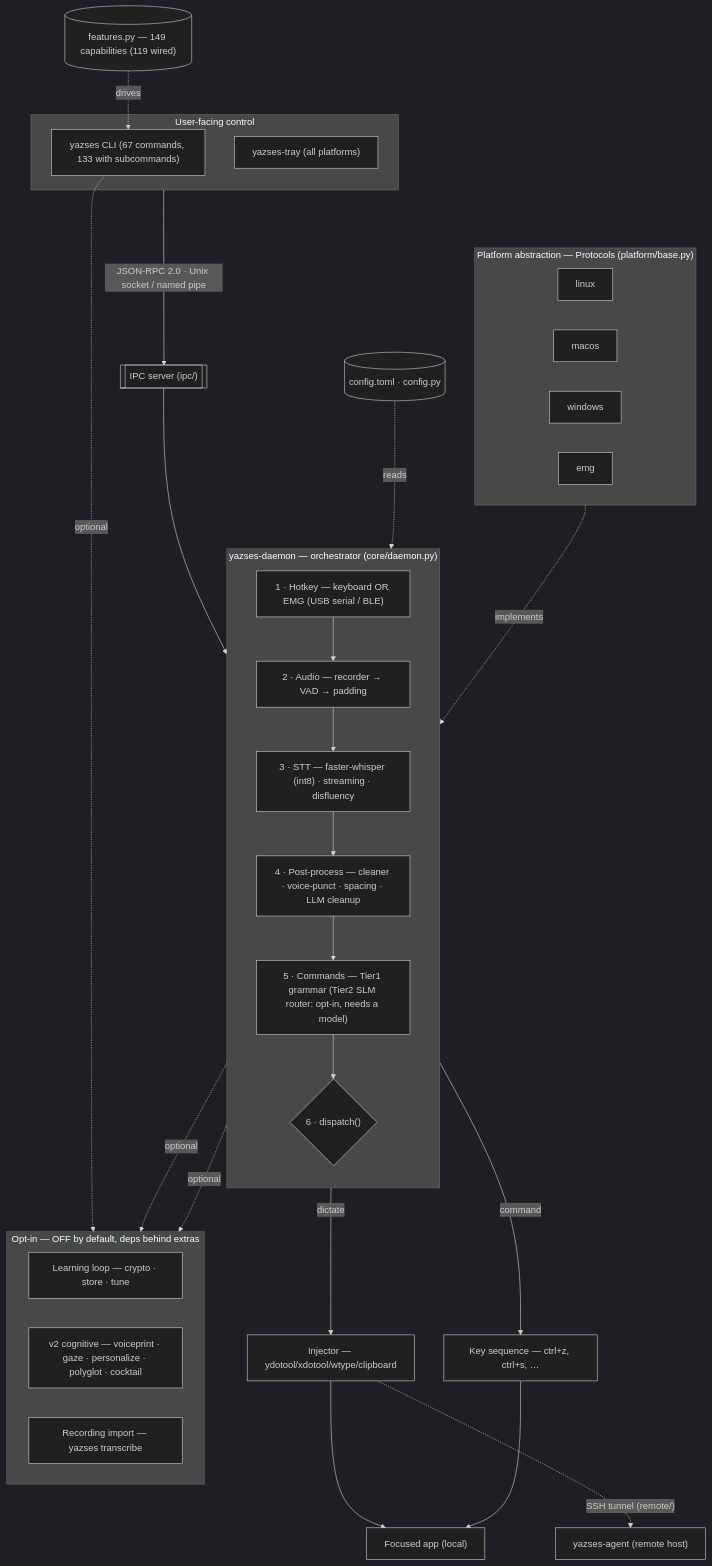
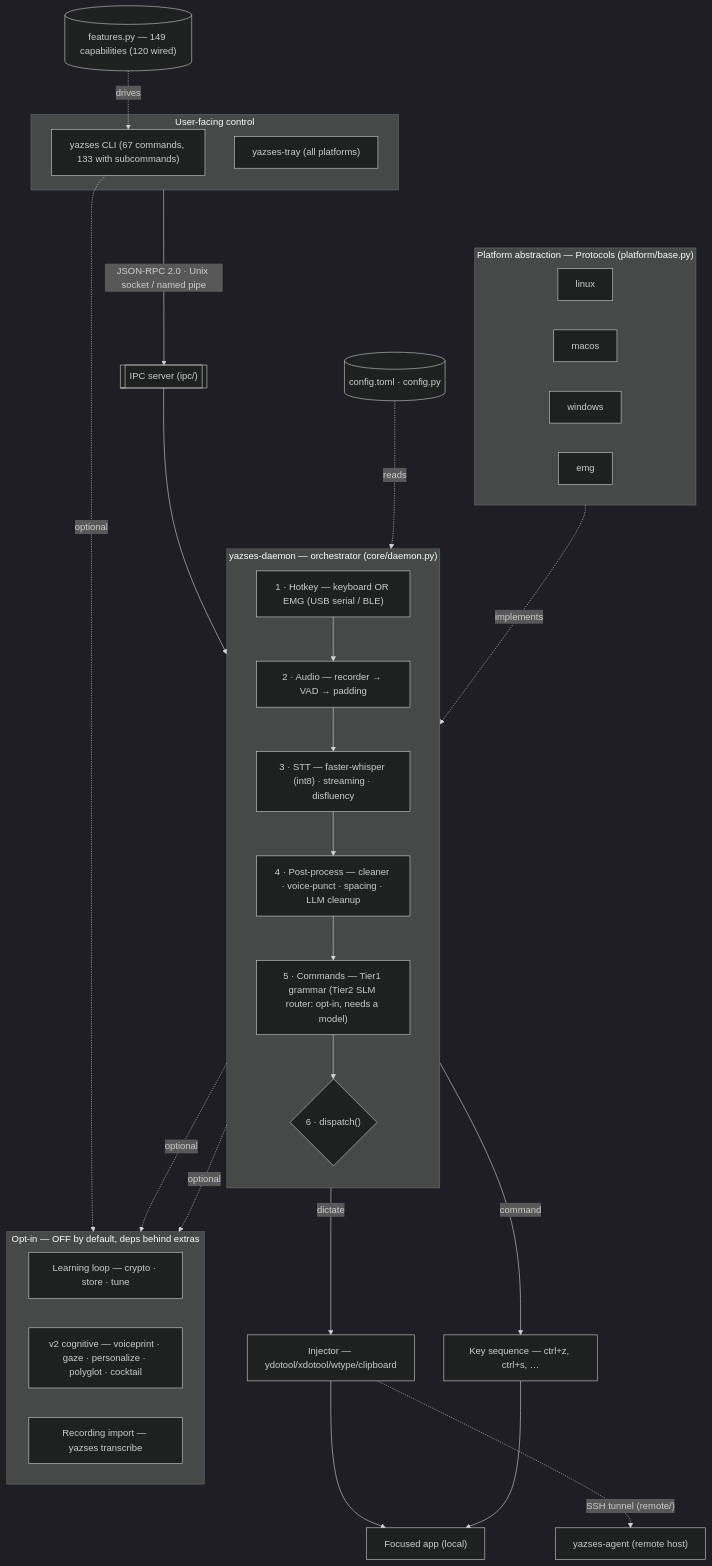
Before and after one commit to MSKazemi/yazses: the diagram in docs/diagrams/index.md, drawn with Mermaid (dark theme). The commit also changed 23 other files, not shown here.

````diff
--- a/docs/diagrams/index.md
+++ b/docs/diagrams/index.md
@@ -22,50 +22,50 @@
 ```mermaid
 flowchart TB
   subgraph UI["User-facing control"]
     CLI["yazses CLI (67 commands, 133 with subcommands)"]
     TRAY["yazses-tray (all platforms)"]
   end
   UI -->|"JSON-RPC 2.0 · Unix socket / named pipe"| IPC[["IPC server (ipc/)"]]
   IPC --> DAEMON
 
   subgraph DAEMON["yazses-daemon — orchestrator (core/daemon.py)"]
     direction TB
     HK["1 · Hotkey — keyboard OR EMG (USB serial / BLE)"]
     AUD["2 · Audio — recorder → VAD → padding"]
     STT["3 · STT — faster-whisper (int8) · streaming · disfluency"]
     PP["4 · Post-process — cleaner · voice-punct · spacing · LLM cleanup"]
     CMD["5 · Commands — Tier1 grammar (Tier2 SLM router: opt-in, needs a model)"]
     DIS{"6 · dispatch()"}
     HK --> AUD --> STT --> PP --> CMD --> DIS
   end
 
   CFG[("config.toml · config.py")]
-  FEAT[("features.py — 149 capabilities (119 wired)")]
+  FEAT[("features.py — 149 capabilities (120 wired)")]
   CFG -. reads .-> DAEMON
   FEAT -. drives .-> CLI
 
   DIS -->|dictate| INJ["Injector — ydotool/xdotool/wtype/clipboard"]
   DIS -->|command| KEYS["Key sequence — ctrl+z, ctrl+s, …"]
   INJ --> APP["Focused app (local)"]
   KEYS --> APP
   INJ -. "SSH tunnel (remote/)" .-> AGENT["yazses-agent (remote host)"]
 
   subgraph PLAT["Platform abstraction — Protocols (platform/base.py)"]
     direction LR
     LNX["linux"]
     MAC["macos"]
     WIN["windows"]
     EMG["emg"]
   end
   PLAT -. implements .-> DAEMON
 
   subgraph OPT["Opt-in — OFF by default, deps behind extras"]
     direction LR
     LEARN["Learning loop — crypto · store · tune"]
     V2["v2 cognitive — voiceprint · gaze · personalize · polyglot · cocktail"]
     RECIMP["Recording import — yazses transcribe"]
   end
   DAEMON -. optional .-> LEARN
   DAEMON -. optional .-> V2
   CLI -. optional .-> RECIMP
 ```
````
